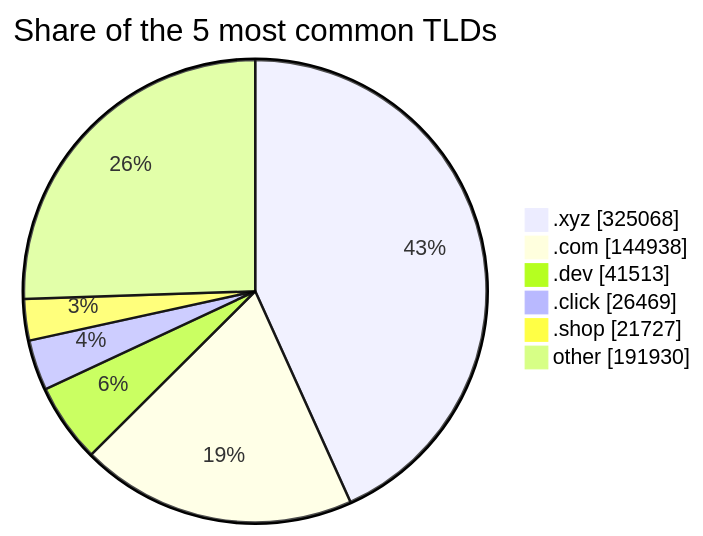
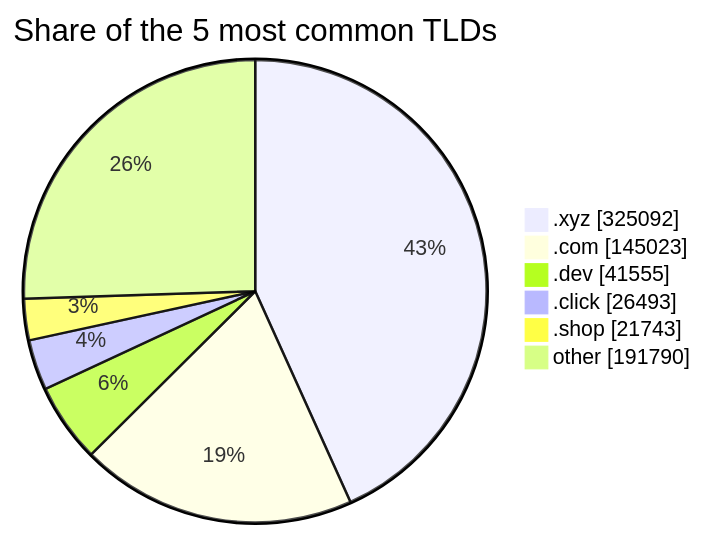
One commit to DNSBunker/CTI changed the third of 3 diagrams in README.md. Above: the diagram before and after it, drawn with Mermaid. The commit also changed other lines of this file and 3 other files, not shown here.

````diff
--- a/README.md
+++ b/README.md
@@ -81,9 +81,9 @@
 ```mermaid
 pie showData title Share of the 5 most common TLDs
-    ".xyz" : 325068
-    ".com" : 144938
-    ".dev" : 41513
-    ".click" : 26469
-    ".shop" : 21727
-    "other" : 191930
+    ".xyz" : 325092
+    ".com" : 145023
+    ".dev" : 41555
+    ".click" : 26493
+    ".shop" : 21743
+    "other" : 191790
 ```
````
